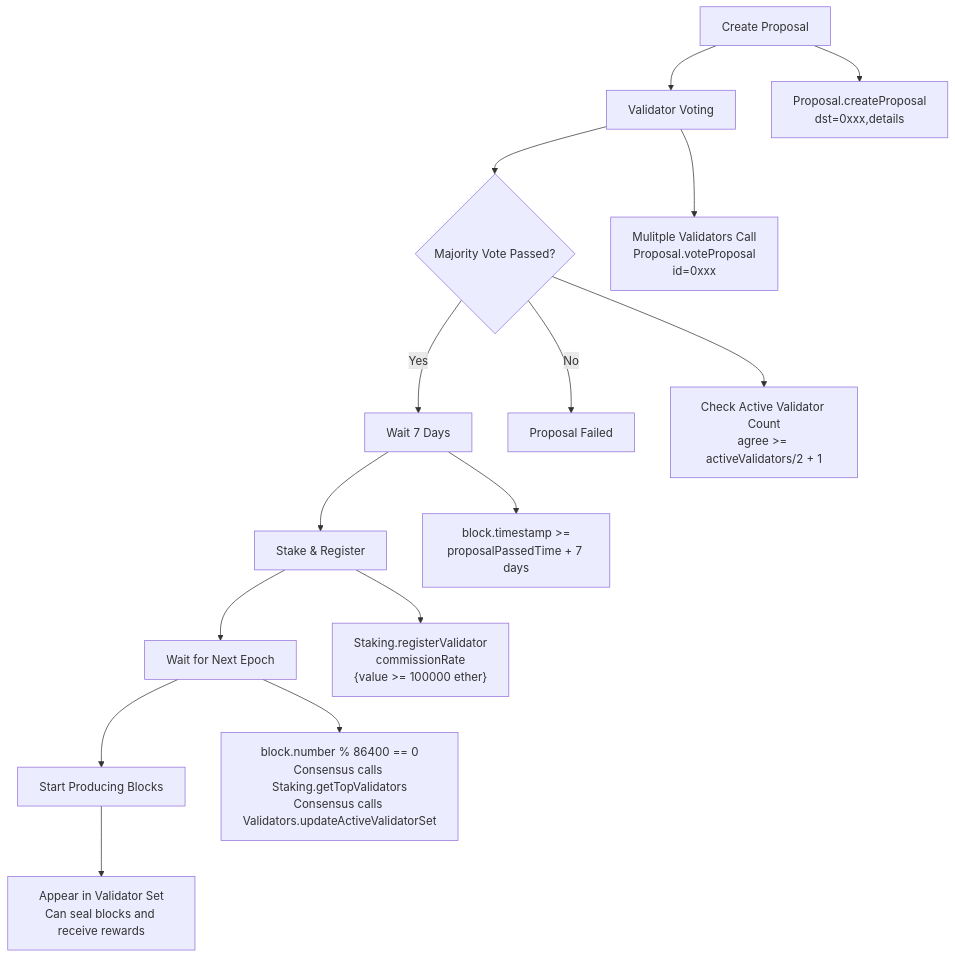
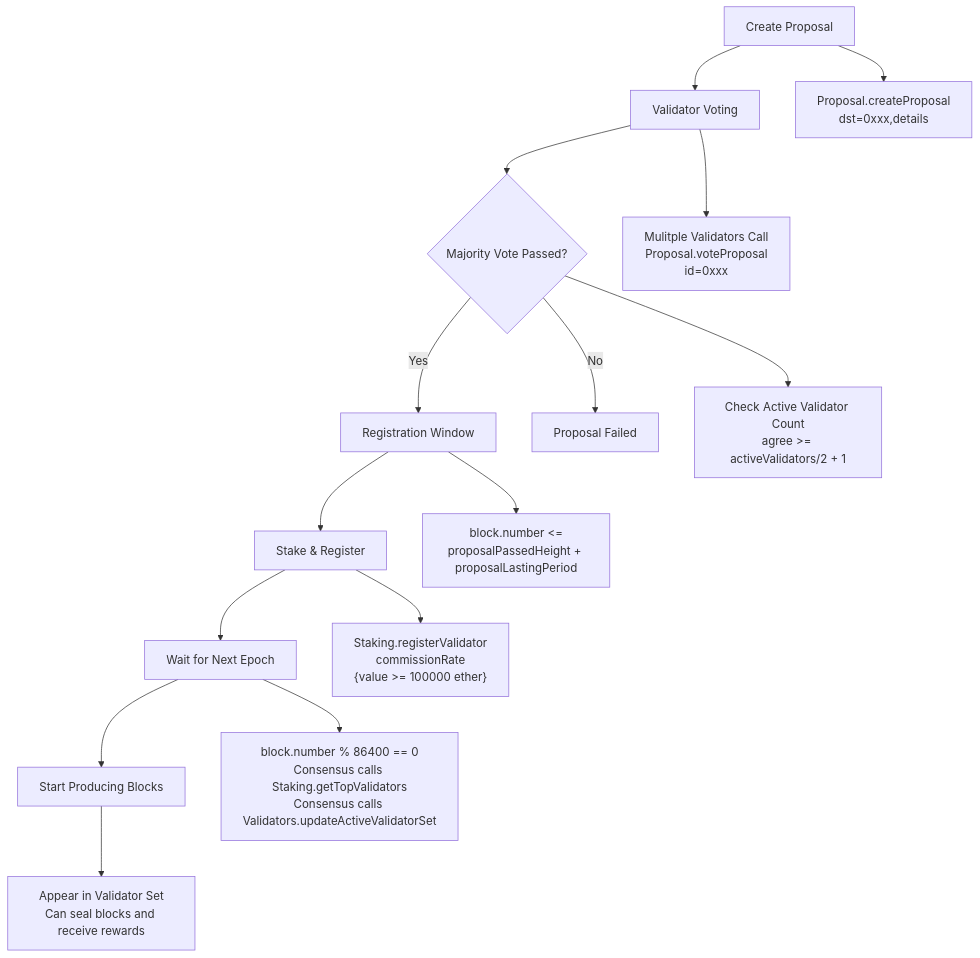
Before and after one commit to juchain-network/chain-contract: the first of 13 diagrams in docs/posa-tech-spec.md, drawn with Mermaid. The commit also changed other lines of this file and 3 other files, not shown here.

````diff
--- a/docs/posa-tech-spec.md
+++ b/docs/posa-tech-spec.md
@@ -463,18 +490,18 @@
 ```mermaid
 graph TD
     A[Create Proposal] --> B[Validator Voting]
     B --> C{Majority Vote Passed?}
-    C -->|Yes| D[Wait 7 Days]
+    C -->|Yes| D[Registration Window]
     C -->|No| E[Proposal Failed]
     D --> F[Stake & Register]
     F --> G[Wait for Next Epoch]
     G --> H[Start Producing Blocks]
 
     A --> A1[Proposal.createProposal<br/>dst=0xxx,details]
     B --> B1[Mulitple Validators Call<br/>Proposal.voteProposal<br/>id=0xxx]
     C --> C1[Check Active Validator Count<br/>agree >= activeValidators/2 + 1]
-    D --> D1[block.timestamp >=<br/>proposalPassedTime + 7 days]
+    D --> D1[block.number <=<br/>proposalPassedHeight + proposalLastingPeriod]
     F --> F1[Staking.registerValidator<br/>commissionRate<br/>#123;value >= 100000 ether#125;]
     G --> G1[block.number % 86400 == 0<br/>Consensus calls Staking.getTopValidators<br/>Consensus calls Validators.updateActiveValidatorSet]
     H --> H1[Appear in Validator Set<br/>Can seal blocks and receive rewards]
 ```
````
